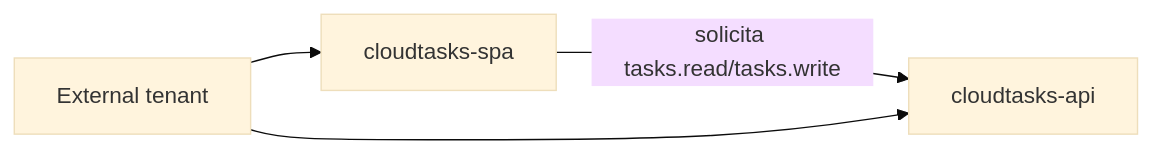
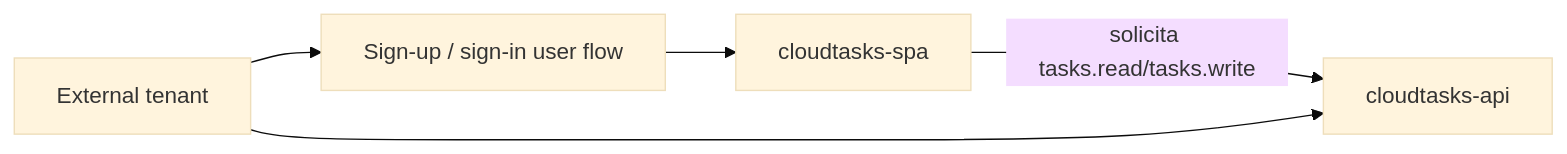
Before and after one commit to cmartinezs/DSY1107-DESARROLLO-CLOUD-NATIVE-I-2026-2: the diagram in guias-integradas/ev1/02-entra-external-id.md, drawn with Mermaid (base theme). The commit also changed other lines of this file, not shown here.

Commit message:
docs: close External ID user-flow and consent gaps

````diff
--- a/guias-integradas/ev1/02-entra-external-id.md
+++ b/guias-integradas/ev1/02-entra-external-id.md
@@ -128,6 +139,7 @@
 ```mermaid
 flowchart LR
-    SPA[cloudtasks-spa] -->|solicita tasks.read/tasks.write| API[cloudtasks-api]
-    T[External tenant] --> SPA
+    UF[Sign-up / sign-in user flow] --> SPA[cloudtasks-spa]
+    SPA -->|solicita tasks.read/tasks.write| API[cloudtasks-api]
+    T[External tenant] --> UF
     T --> API
 ```
````
